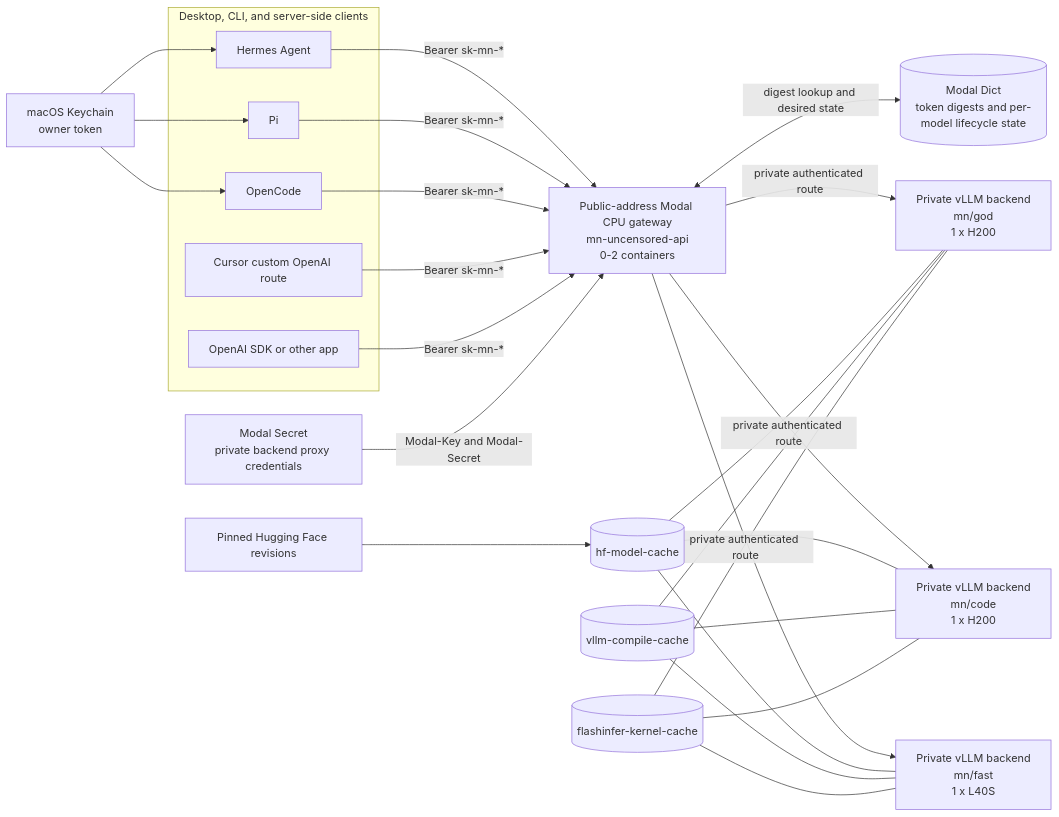
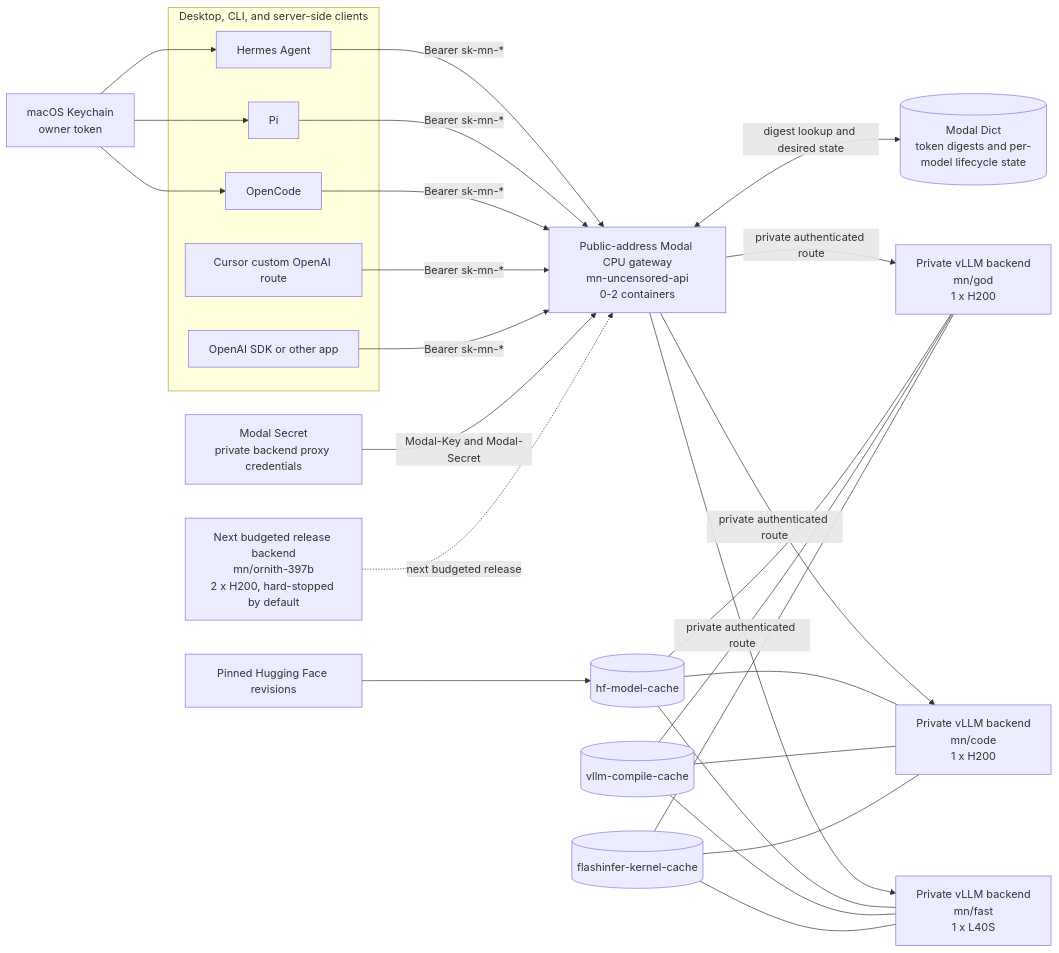
The first of 8 diagrams in README.md (eminogrande/mn-uncensored), drawn with Mermaid before and after one commit. The commit also changed other lines of this file and 20 other files, not shown here.

````diff
--- a/README.md
+++ b/README.md
@@ -123,52 +153,54 @@
 ```mermaid
 flowchart LR
     subgraph Clients["Desktop, CLI, and server-side clients"]
         Hermes["Hermes Agent"]
         Pi["Pi"]
         OpenCode["OpenCode"]
         Cursor["Cursor custom OpenAI route"]
         App["OpenAI SDK or other app"]
     end
 
     Keychain["macOS Keychain<br/>owner token"]
     Gateway["Public-address Modal CPU gateway<br/>mn-uncensored-api<br/>0-2 containers"]
     State[("Modal Dict<br/>token digests and per-model lifecycle state")]
     ProxySecret["Modal Secret<br/>private backend proxy credentials"]
 
     God["Private vLLM backend<br/>mn/god<br/>1 x H200"]
     Code["Private vLLM backend<br/>mn/code<br/>1 x H200"]
     Fast["Private vLLM backend<br/>mn/fast<br/>1 x L40S"]
+    Ornith["Next budgeted release backend<br/>mn/ornith-397b<br/>2 x H200, hard-stopped by default"]
 
     HF["Pinned Hugging Face revisions"]
     HFCache[("hf-model-cache")]
     VLLMCache[("vllm-compile-cache")]
     KernelCache[("flashinfer-kernel-cache")]
 
     Keychain --> Hermes
     Keychain --> Pi
     Keychain --> OpenCode
 
     Hermes -->|"Bearer sk-mn-*"| Gateway
     Pi -->|"Bearer sk-mn-*"| Gateway
     OpenCode -->|"Bearer sk-mn-*"| Gateway
     Cursor -->|"Bearer sk-mn-*"| Gateway
     App -->|"Bearer sk-mn-*"| Gateway
 
     Gateway <-->|"digest lookup and desired state"| State
     ProxySecret -->|"Modal-Key and Modal-Secret"| Gateway
 
     Gateway -->|"private authenticated route"| God
     Gateway -->|"private authenticated route"| Code
     Gateway -->|"private authenticated route"| Fast
+    Ornith -.->|"next budgeted release"| Gateway
 
     HF --> HFCache
     HFCache --- God
     HFCache --- Code
     HFCache --- Fast
     VLLMCache --- God
     VLLMCache --- Code
     VLLMCache --- Fast
     KernelCache --- God
     KernelCache --- Code
     KernelCache --- Fast
 ```
````
